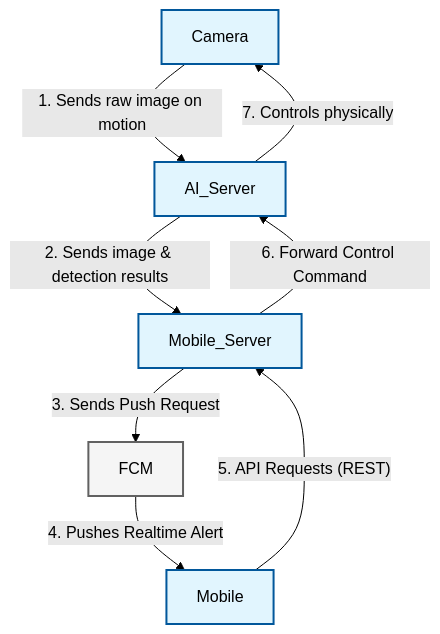
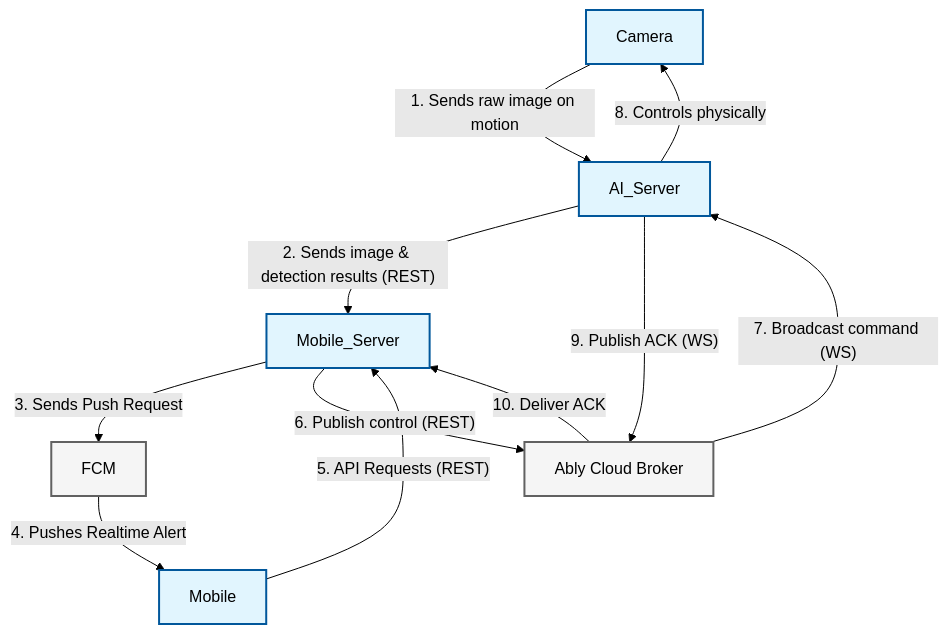
Before and after one commit to trungnguyenthien/Wildlife-Warning-and-Deterrence-System: the first of 19 diagrams in docs/04-sequence-diagram.md, drawn with Mermaid (forest theme). The commit also changed other lines of this file and 5 other files, not shown here.

Commit message:
refactor: migrate AI server communication from WebSocket to Ably real-time messaging

````diff
--- a/docs/04-sequence-diagram.md
+++ b/docs/04-sequence-diagram.md
@@ -46,25 +47,29 @@
 ```mermaid
 graph TD
     classDef main fill:#e1f5fe,stroke:#01579b,stroke-width:2px;
     classDef ext fill:#f5f5f5,stroke:#616161,stroke-width:2px;
 
     Camera[Camera]:::main
     AI_Server[AI_Server]:::main
     Mobile_Server[Mobile_Server]:::main
     Mobile[Mobile]:::main
 
     FCM[FCM]:::ext
+    Ably[Ably Cloud Broker]:::ext
 
     %% Connections
     Camera -- "1. Sends raw image on motion" --> AI_Server
-    AI_Server -- "2. Sends image & detection results" --> Mobile_Server
+    AI_Server -- "2. Sends image & detection results (REST)" --> Mobile_Server
 
     %% Realtime warning paths
     Mobile_Server -- "3. Sends Push Request" --> FCM
     FCM -- "4. Pushes Realtime Alert" --> Mobile
 
     %% User Actions
     Mobile -- "5. API Requests (REST)" --> Mobile_Server
-    Mobile_Server -- "6. Forward Control Command" --> AI_Server
-    AI_Server -- "7. Controls physically" --> Camera
+    Mobile_Server -- "6. Publish control (REST)" --> Ably
+    Ably -- "7. Broadcast command (WS)" --> AI_Server
+    AI_Server -- "8. Controls physically" --> Camera
+    AI_Server -- "9. Publish ACK (WS)" --> Ably
+    Ably -- "10. Deliver ACK" --> Mobile_Server
 ```
````
